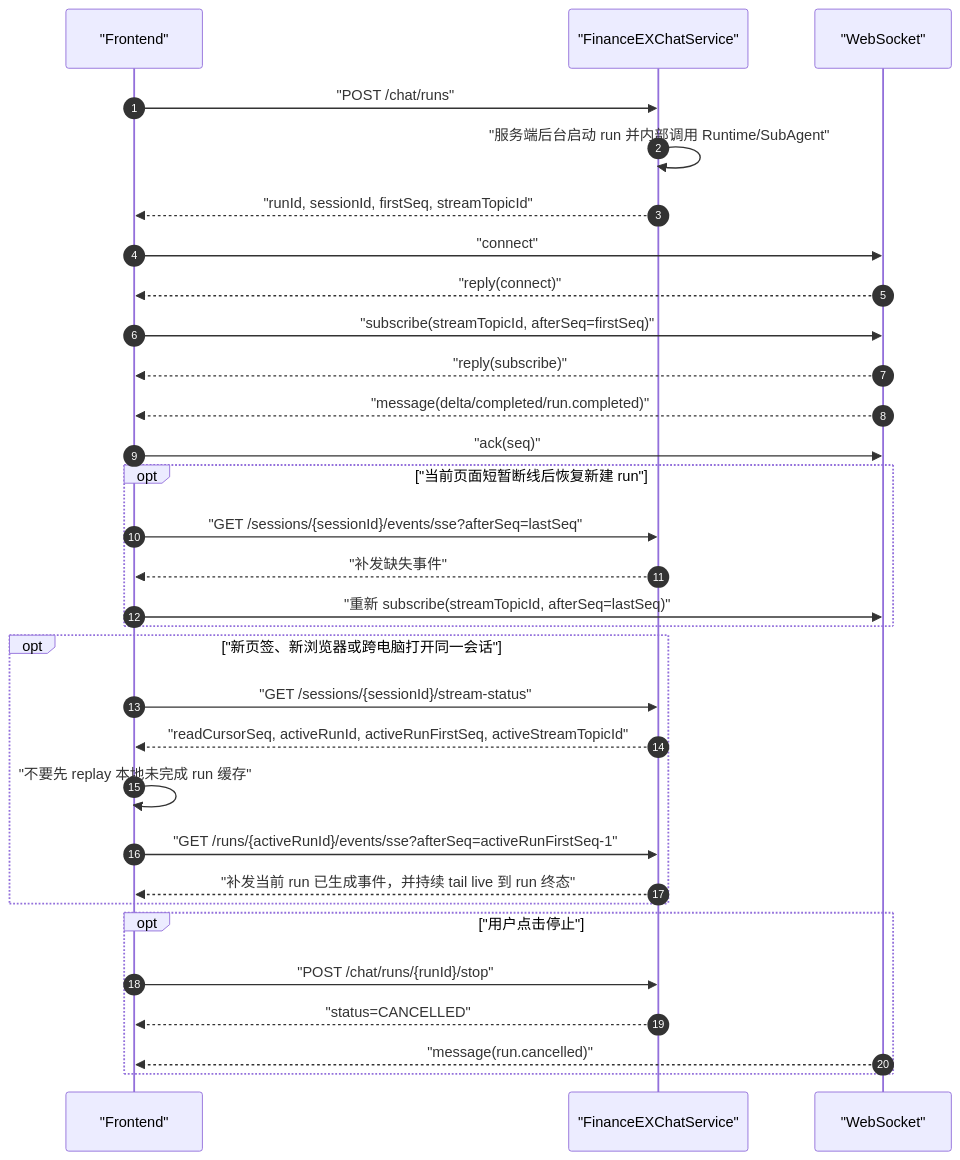
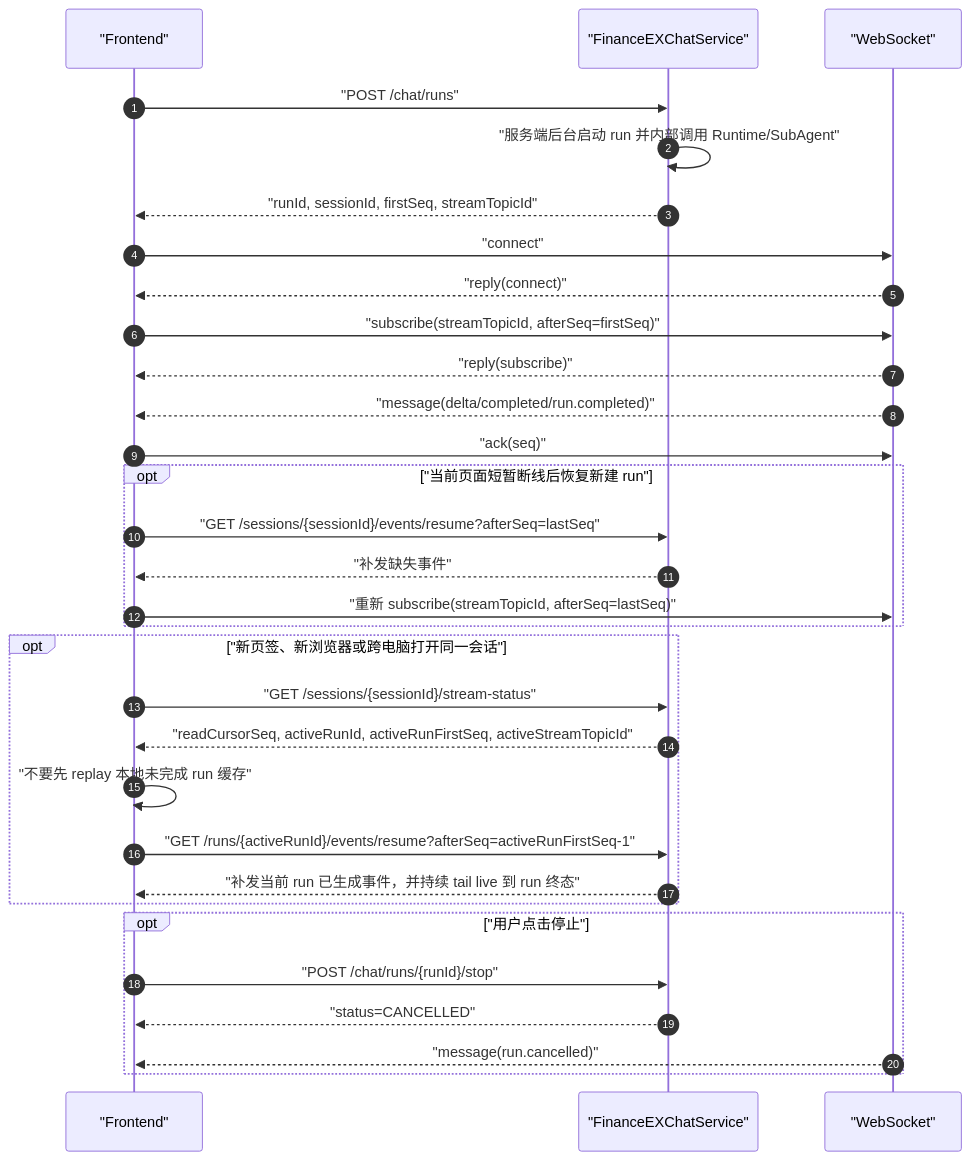
The diagram in docs/frontend-integration.md (kunben-duck/exweb), drawn with Mermaid before and after one commit. The commit also changed other lines of this file and 30 other files, not shown here.

````diff
--- a/docs/frontend-integration.md
+++ b/docs/frontend-integration.md
@@ -247,37 +247,37 @@
 ```mermaid
 sequenceDiagram
     autonumber
     participant UI as "Frontend"
     participant API as "FinanceEXChatService"
     participant WS as "WebSocket"
 
     UI->>API: "POST /chat/runs"
     API->>API: "服务端后台启动 run 并内部调用 Runtime/SubAgent"
     API-->>UI: "runId, sessionId, firstSeq, streamTopicId"
     UI->>WS: "connect"
     WS-->>UI: "reply(connect)"
     UI->>WS: "subscribe(streamTopicId, afterSeq=firstSeq)"
     WS-->>UI: "reply(subscribe)"
     WS-->>UI: "message(delta/completed/run.completed)"
     UI->>WS: "ack(seq)"
 
     opt "当前页面短暂断线后恢复新建 run"
-        UI->>API: "GET /sessions/{sessionId}/events/sse?afterSeq=lastSeq"
+        UI->>API: "GET /sessions/{sessionId}/events/resume?afterSeq=lastSeq"
         API-->>UI: "补发缺失事件"
         UI->>WS: "重新 subscribe(streamTopicId, afterSeq=lastSeq)"
     end
 
     opt "新页签、新浏览器或跨电脑打开同一会话"
         UI->>API: "GET /sessions/{sessionId}/stream-status"
         API-->>UI: "readCursorSeq, activeRunId, activeRunFirstSeq, activeStreamTopicId"
         UI->>UI: "不要先 replay 本地未完成 run 缓存"
-        UI->>API: "GET /runs/{activeRunId}/events/sse?afterSeq=activeRunFirstSeq-1"
+        UI->>API: "GET /runs/{activeRunId}/events/resume?afterSeq=activeRunFirstSeq-1"
         API-->>UI: "补发当前 run 已生成事件，并持续 tail live 到 run 终态"
     end
 
     opt "用户点击停止"
         UI->>API: "POST /chat/runs/{runId}/stop"
         API-->>UI: "status=CANCELLED"
         WS-->>UI: "message(run.cancelled)"
     end
 ```
````
